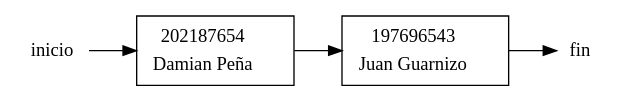
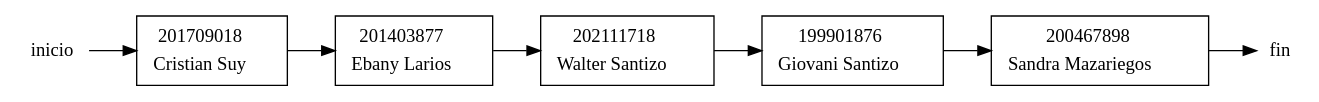
Before and after one commit to walterjav19/EDD_1S2023_PY_202111718: the diagram in EDD_Proyecto1_Fase1/Grafics/cola.dot, drawn with Graphviz. The commit also changed 11 other files, not shown here.

```diff
--- a/EDD_Proyecto1_Fase1/Grafics/cola.dot
+++ b/EDD_Proyecto1_Fase1/Grafics/cola.dot
@@ -1,10 +1,16 @@
 digraph Cola {
 rankdir=LR;
 node [shape=record];
 head [shape=none, label="inicio", style=bold, height=0, width=0];
-tail [shape=none, label="fin", style=bold, height=0, width=0];a202187654 [label=<<TABLE border="0"><TR><TD ALIGN="CENTER">202187654</TD></TR><TR><TD ALIGN="CENTER">Damian Peña</TD></TR></TABLE>>];
-a202187654 -> a197696543;
-a197696543 [label=<<TABLE border="0"><TR><TD ALIGN="CENTER">197696543</TD></TR><TR><TD ALIGN="CENTER">Juan Guarnizo</TD></TR></TABLE>>];
-head -> a202187654;
-a197696543->tail;
+tail [shape=none, label="fin", style=bold, height=0, width=0];a201709018 [label=<<TABLE border="0"><TR><TD ALIGN="CENTER">201709018</TD></TR><TR><TD ALIGN="CENTER">Cristian Suy</TD></TR></TABLE>>];
+a201709018 -> a201403877;
+a201403877 [label=<<TABLE border="0"><TR><TD ALIGN="CENTER">201403877</TD></TR><TR><TD ALIGN="CENTER">Ebany Larios</TD></TR></TABLE>>];
+a201403877 -> a202111718;
+a202111718 [label=<<TABLE border="0"><TR><TD ALIGN="CENTER">202111718</TD></TR><TR><TD ALIGN="CENTER">Walter Santizo</TD></TR></TABLE>>];
+a202111718 -> a199901876;
+a199901876 [label=<<TABLE border="0"><TR><TD ALIGN="CENTER">199901876</TD></TR><TR><TD ALIGN="CENTER">Giovani Santizo</TD></TR></TABLE>>];
+a199901876 -> a200467898;
+a200467898 [label=<<TABLE border="0"><TR><TD ALIGN="CENTER">200467898</TD></TR><TR><TD ALIGN="CENTER">Sandra Mazariegos</TD></TR></TABLE>>];
+head -> a201709018;
+a200467898->tail;
 }
```
